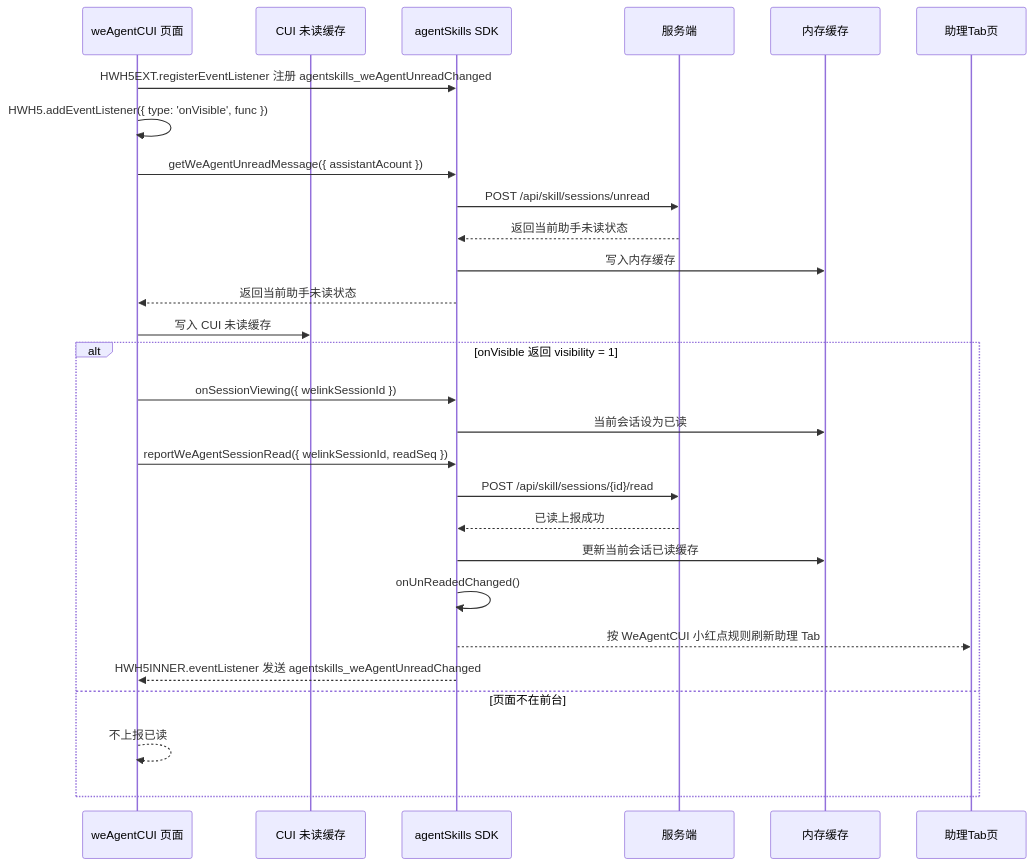
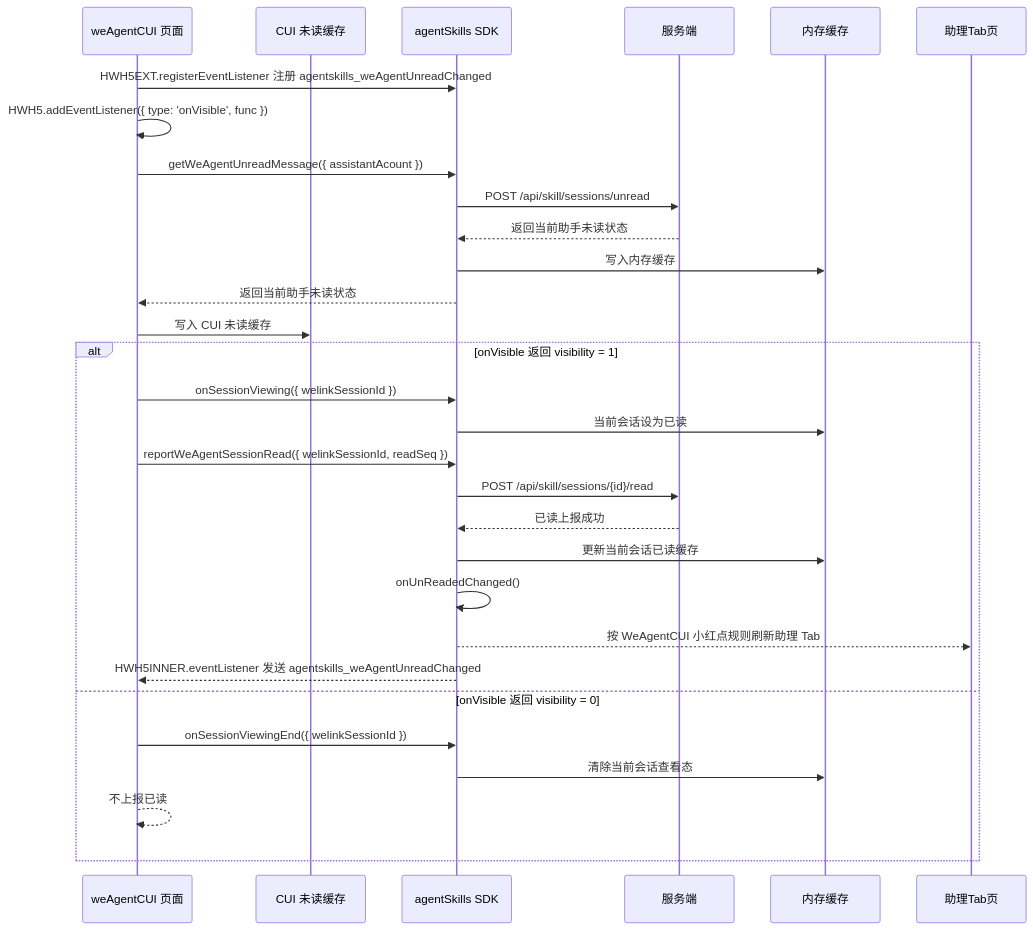
Before and after one commit to Abelsjcheng/skillSDK: the fifth of 8 diagrams in 2026-06-11-we-agent-tab-unread-red-dot-plan.md, drawn with Mermaid. The commit also changed other lines of this file, not shown here.

````diff
--- a/2026-06-11-we-agent-tab-unread-red-dot-plan.md
+++ b/2026-06-11-we-agent-tab-unread-red-dot-plan.md
@@ -205,31 +206,33 @@
 ```mermaid
 sequenceDiagram
     participant CUI as weAgentCUI 页面
     participant CUICache as CUI 未读缓存
     participant SDK as agentSkills SDK
     participant Server as 服务端
     participant Memory as 内存缓存
     participant Tab as 助理Tab页
 
     CUI->>SDK: HWH5EXT.registerEventListener 注册 agentskills_weAgentUnreadChanged
     CUI->>CUI: HWH5.addEventListener({ type: 'onVisible', func })
     CUI->>SDK: getWeAgentUnreadMessage({ assistantAcount })
     SDK->>Server: POST /api/skill/sessions/unread
     Server-->>SDK: 返回当前助手未读状态
     SDK->>Memory: 写入内存缓存
     SDK-->>CUI: 返回当前助手未读状态
     CUI->>CUICache: 写入 CUI 未读缓存
     alt onVisible 返回 visibility = 1
         CUI->>SDK: onSessionViewing({ welinkSessionId })
         SDK->>Memory: 当前会话设为已读
         CUI->>SDK: reportWeAgentSessionRead({ welinkSessionId, readSeq })
         SDK->>Server: POST /api/skill/sessions/{id}/read
         Server-->>SDK: 已读上报成功
         SDK->>Memory: 更新当前会话已读缓存
         SDK->>SDK: onUnReadedChanged()
         SDK-->>Tab: 按 WeAgentCUI 小红点规则刷新助理 Tab
         SDK-->>CUI: HWH5INNER.eventListener 发送 agentskills_weAgentUnreadChanged
-    else 页面不在前台
+    else onVisible 返回 visibility = 0
+        CUI->>SDK: onSessionViewingEnd({ welinkSessionId })
+        SDK->>Memory: 清除当前会话查看态
         CUI-->>CUI: 不上报已读
     end
 ```
````
